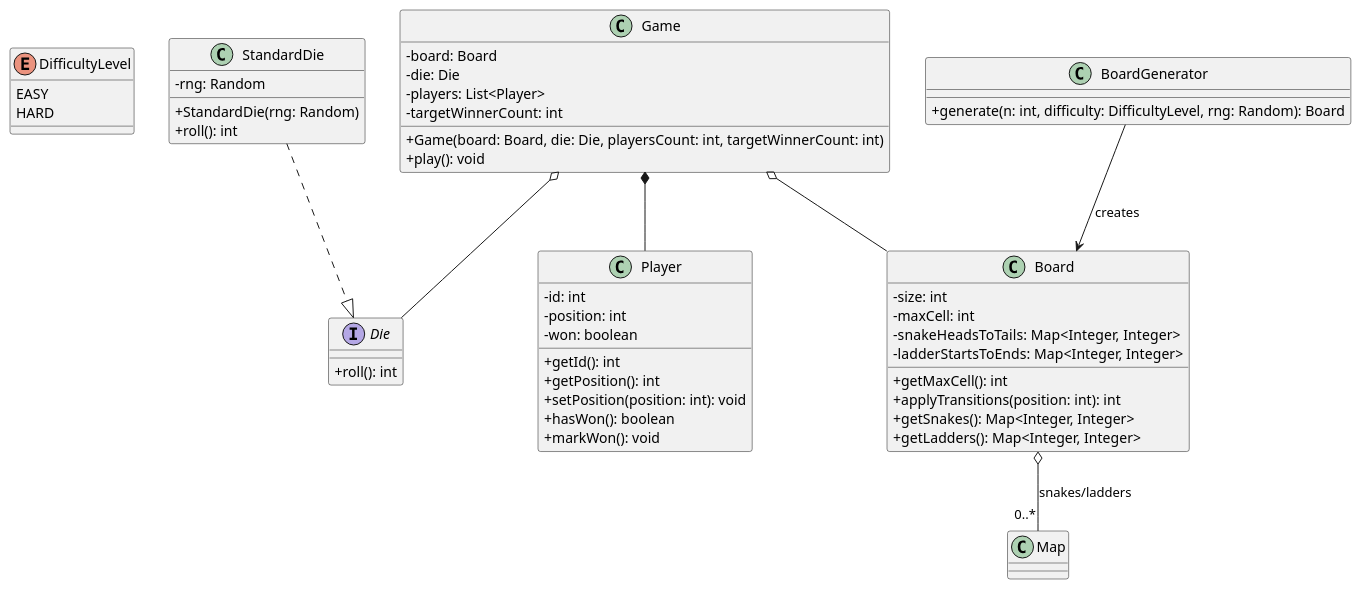
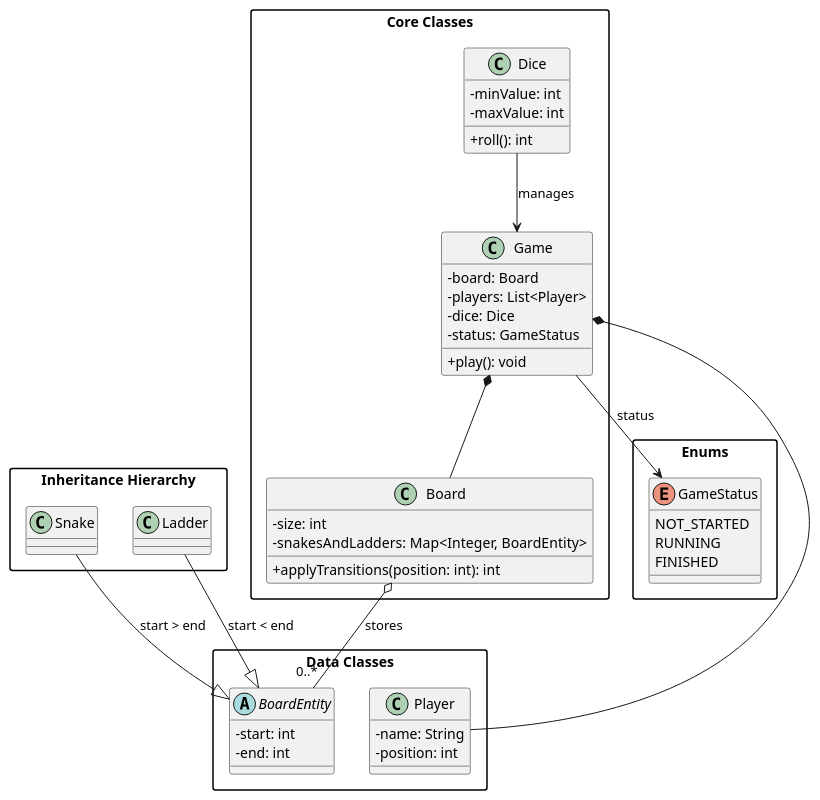
The first of 2 diagrams in SnakesAndLadders/README.md (inland-taipen/Assignment1-LLD-), drawn with PlantUML before and after one commit. The commit also changed other lines of this file and 11 other files, not shown here.

First line of the commit message:
Update Snakes & Ladders UML and design

````diff
--- a/SnakesAndLadders/README.md
+++ b/SnakesAndLadders/README.md
@@ -23,63 +23,68 @@
 ```plantuml
 @startuml
 skinparam classAttributeIconSize 0
+skinparam shadowing false
+skinparam packageStyle rectangle
 
-enum DifficultyLevel {
-  EASY
-  HARD
+package "Core Classes" {
+  class Game {
+    - board: Board
+    - players: List<Player>
+    - dice: Dice
+    - status: GameStatus
+    + play(): void
+  }
+
+  class Dice {
+    - minValue: int
+    - maxValue: int
+    + roll(): int
+  }
+
+  class Board {
+    - size: int
+    - snakesAndLadders: Map<Integer, BoardEntity>
+    + applyTransitions(position: int): int
+  }
 }
 
-interface Die {
-  +roll(): int
+package "Enums" {
+  enum GameStatus {
+    NOT_STARTED
+    RUNNING
+    FINISHED
+  }
 }
 
-class StandardDie {
-  - rng: Random
-  +StandardDie(rng: Random)
-  +roll(): int
+package "Data Classes" {
+  class Player {
+    - name: String
+    - position: int
+  }
+
+  abstract class BoardEntity {
+    - start: int
+    - end: int
+  }
 }
 
-class Player {
-  - id: int
-  - position: int
-  - won: boolean
-  +getId(): int
-  +getPosition(): int
-  +setPosition(position: int): void
-  +hasWon(): boolean
-  +markWon(): void
+package "Inheritance Hierarchy" {
+  class Snake {
+  }
+
+  class Ladder {
+  }
 }
 
-class Board {
-  - size: int
-  - maxCell: int
-  - snakeHeadsToTails: Map<Integer, Integer>
-  - ladderStartsToEnds: Map<Integer, Integer>
-  +getMaxCell(): int
-  +applyTransitions(position: int): int
-  +getSnakes(): Map<Integer, Integer>
-  +getLadders(): Map<Integer, Integer>
-}
+Game *-- Board
+Game *-- Player
+Dice --> Game : manages
+Game --> GameStatus : status
 
-class BoardGenerator {
-  +generate(n: int, difficulty: DifficultyLevel, rng: Random): Board
-}
+Board o-- "0..*" BoardEntity : stores
 
-class Game {
-  - board: Board
-  - die: Die
-  - players: List<Player>
-  - targetWinnerCount: int
-  +Game(board: Board, die: Die, playersCount: int, targetWinnerCount: int)
-  +play(): void
-}
-
-StandardDie ..|> Die
-Game o-- Board
-Game o-- Die
-Game *-- Player
-BoardGenerator --> Board : creates
-Board o-- "0..*" Map : snakes/ladders
+Snake --|> BoardEntity : start > end
+Ladder --|> BoardEntity : start < end
 
 @enduml
 ```
````
